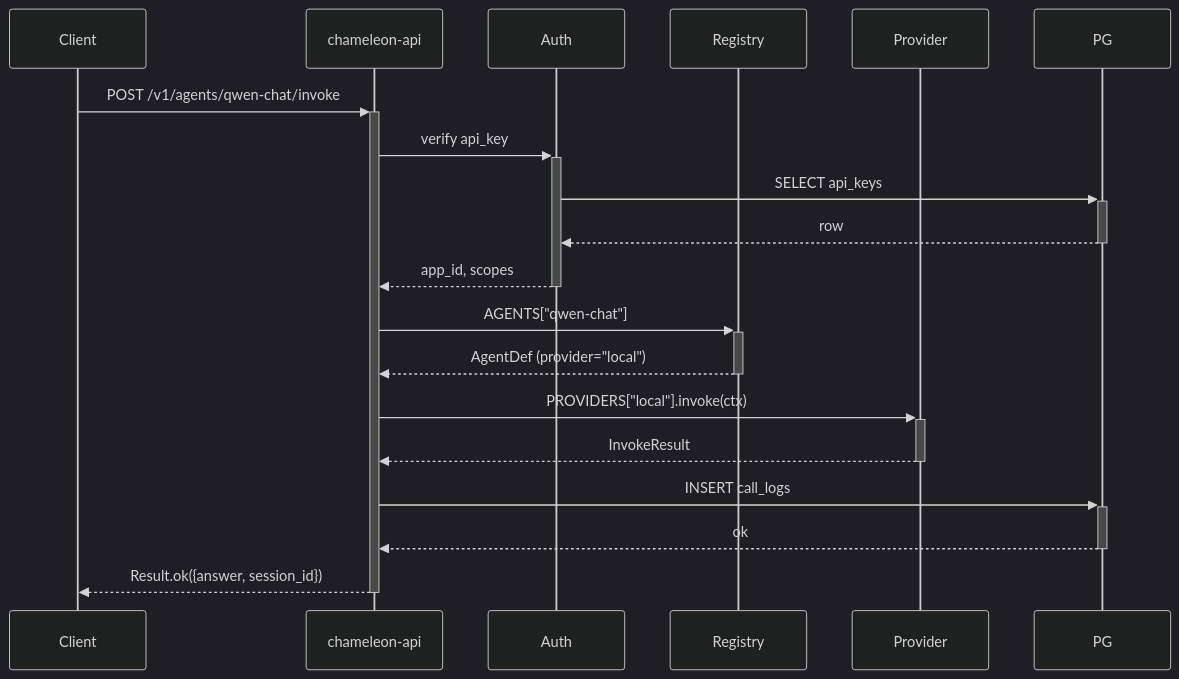
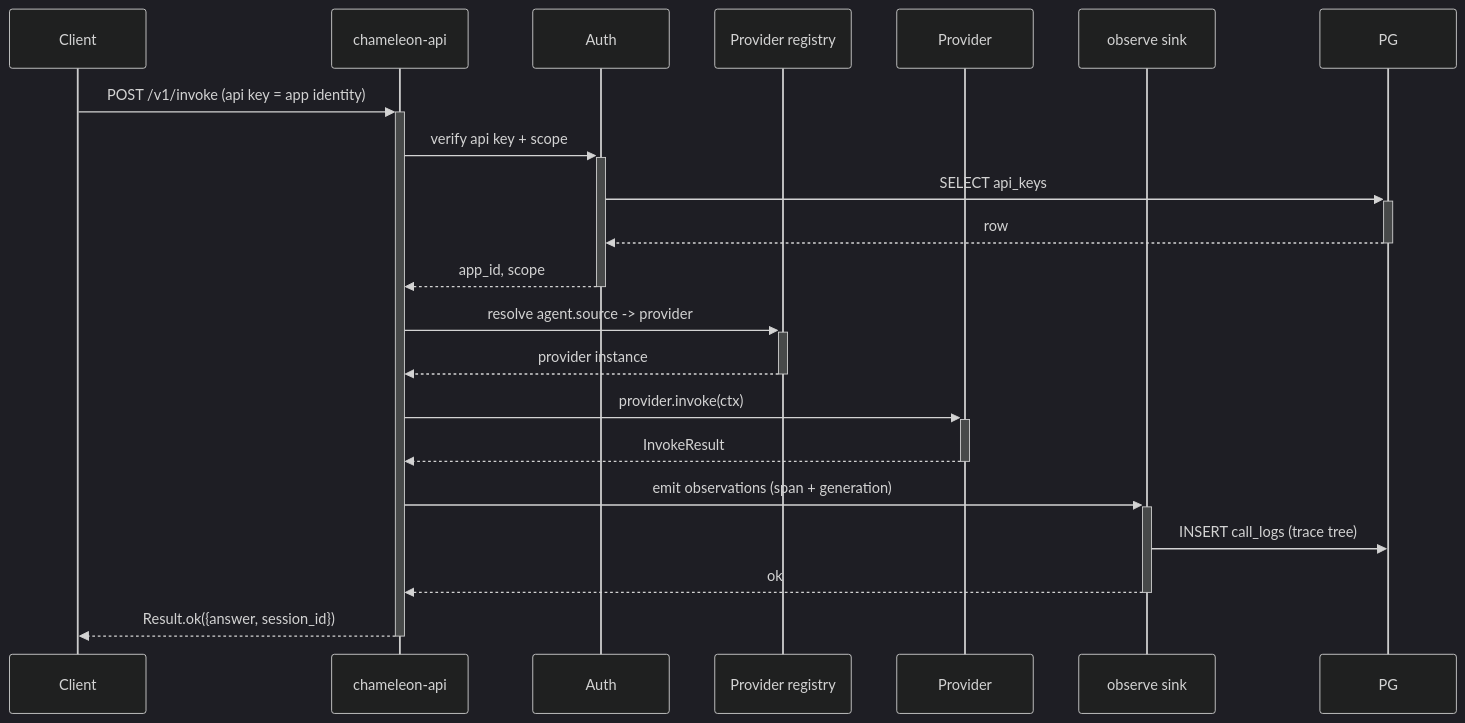
The second of 2 diagrams in docs/en/architecture.md (garveyhu/Chameleon), drawn with Mermaid (dark theme) before and after one commit. The commit also changed other lines of this file and 53 other files, not shown here.

````diff
--- a/docs/en/architecture.md
+++ b/docs/en/architecture.md
@@ -95,25 +225,27 @@
 ```mermaid
 sequenceDiagram
     participant C as Client
     participant API as chameleon-api
     participant Auth as Auth
-    participant Reg as Registry
+    participant Reg as Provider registry
     participant P as Provider
+    participant Sink as observe sink
     participant DB as PG
 
-    C->>+API: POST /v1/agents/qwen-chat/invoke
-    API->>+Auth: verify api_key
+    C->>+API: POST /v1/invoke (api key = app identity)
+    API->>+Auth: verify api key + scope
     Auth->>+DB: SELECT api_keys
     DB-->>-Auth: row
-    Auth-->>-API: app_id, scopes
+    Auth-->>-API: app_id, scope
 
-    API->>+Reg: AGENTS["qwen-chat"]
-    Reg-->>-API: AgentDef (provider="local")
+    API->>+Reg: resolve agent.source -> provider
+    Reg-->>-API: provider instance
 
-    API->>+P: PROVIDERS["local"].invoke(ctx)
+    API->>+P: provider.invoke(ctx)
     P-->>-API: InvokeResult
 
-    API->>+DB: INSERT call_logs
-    DB-->>-API: ok
+    API->>+Sink: emit observations (span + generation)
+    Sink->>DB: INSERT call_logs (trace tree)
+    Sink-->>-API: ok
     API-->>-C: Result.ok({answer, session_id})
 ```
````
